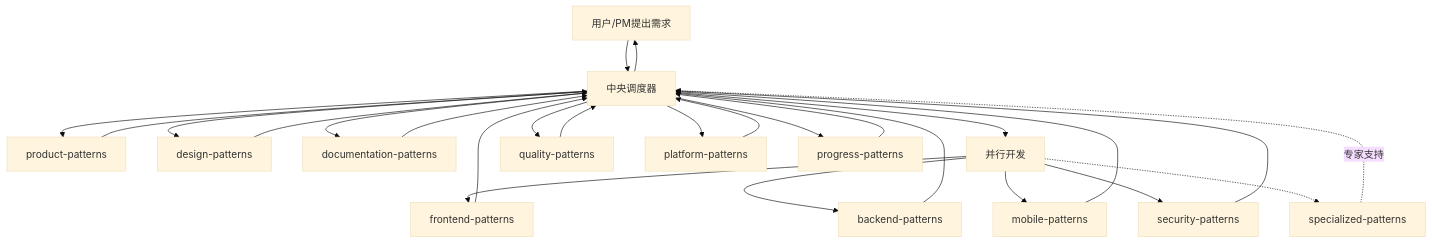
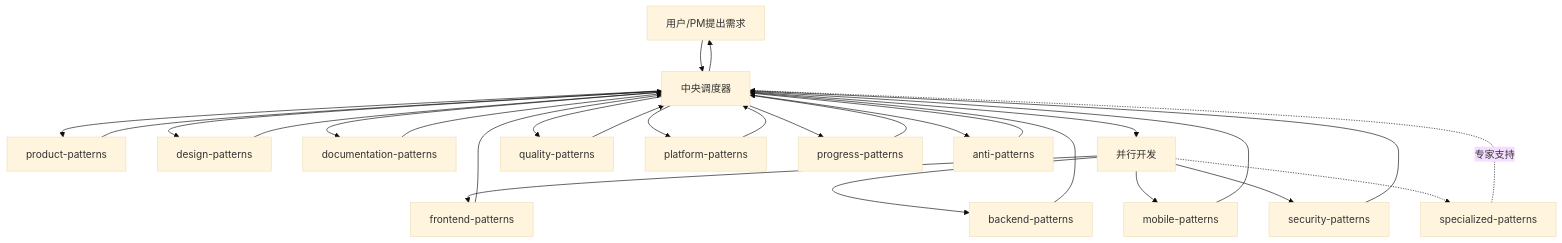
Before and after one commit to Tooooommy/Trae-Workflow: the first of 2 diagrams in agents/orchestrator.md, drawn with Mermaid (base theme).

Commit message:
feat(orchestrator): 将 anti-patterns 加入调度流程

````diff
--- a/agents/orchestrator.md
+++ b/agents/orchestrator.md
@@ -25,37 +25,40 @@
 ```mermaid
 flowchart TD
     User[用户/PM提出需求] --> Orchestrator[中央调度器]
 
     Orchestrator --> Product[product-patterns]
     Product --> Orchestrator
 
     Orchestrator --> Design[design-patterns]
     Design --> Orchestrator
 
     Orchestrator --> Doc[documentation-patterns]
     Doc --> Orchestrator
 
     Orchestrator --> ParallelDev[并行开发]
     ParallelDev --> FE[frontend-patterns]
     ParallelDev --> BE[backend-patterns]
     ParallelDev --> Mobile[mobile-patterns]
     ParallelDev --> Security[security-patterns]
     ParallelDev -.-> Expert[specialized-patterns]
 
     FE --> Orchestrator
     BE --> Orchestrator
     Mobile --> Orchestrator
     Security --> Orchestrator
     Expert -. 专家支持 .-> Orchestrator
 
     Orchestrator --> QA[quality-patterns]
     QA --> Orchestrator
 
     Orchestrator --> Ops[platform-patterns]
     Ops --> Orchestrator
 
     Orchestrator --> Progress[progress-patterns]
     Progress --> Orchestrator
 
+    Orchestrator --> Anti[anti-patterns]
+    Anti --> Orchestrator
+
     Orchestrator --> User
 ```
````
